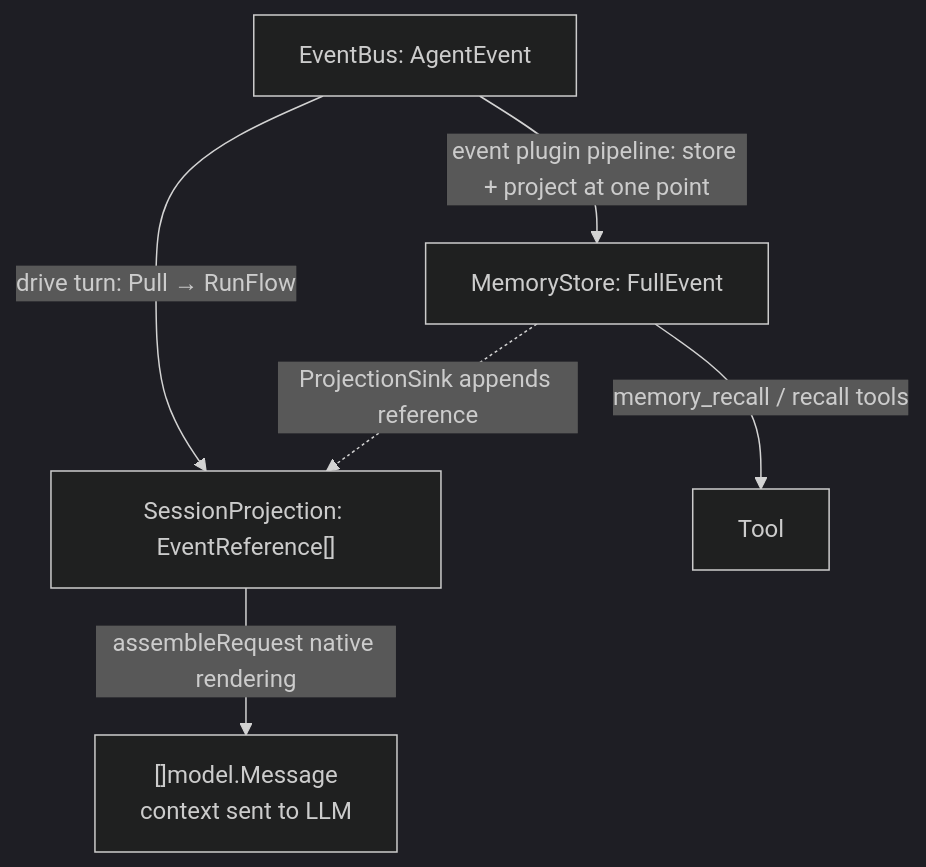
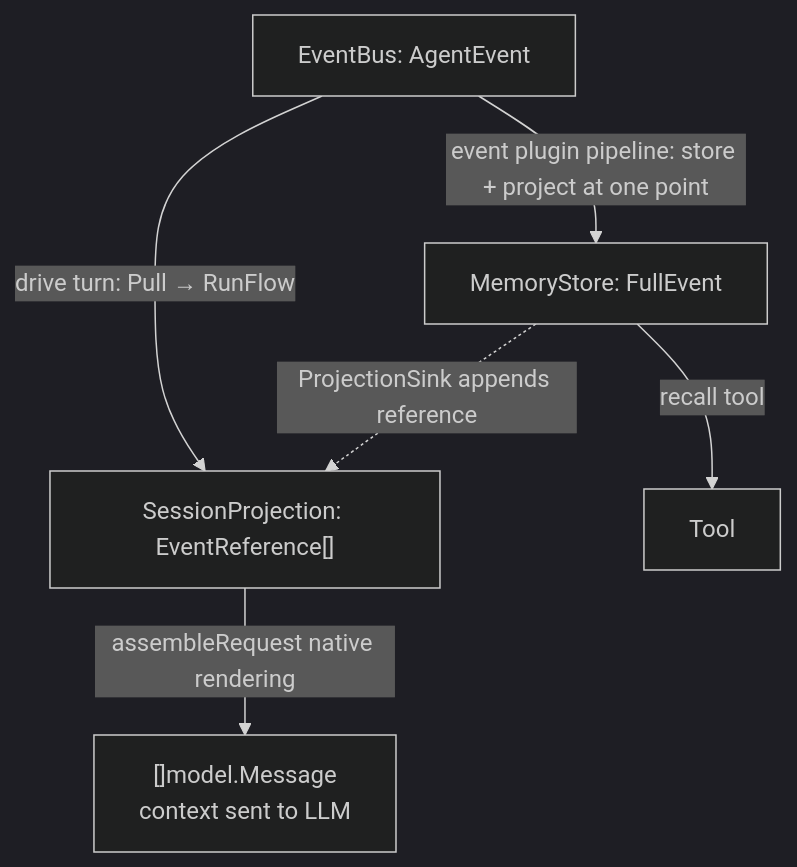
One commit to SpellingDragon/tagent changed the second of 5 diagrams in README_EN.md. Above: the diagram before and after it, drawn with Mermaid (dark theme). The commit also changed other lines of this file and 27 other files, not shown here.

````diff
--- a/README_EN.md
+++ b/README_EN.md
@@ -118,14 +115,14 @@
 ```mermaid
 graph TB
     EB["EventBus: AgentEvent"]
     SP["SessionProjection: EventReference[]"]
     MS["MemoryStore: FullEvent"]
     LLM["[]model.Message<br/>context sent to LLM"]
     TOOL["Tool"]
 
     EB -->|drive turn: Pull → RunFlow| SP
     EB -->|event plugin pipeline: store + project at one point| MS
     MS -.ProjectionSink appends reference.-> SP
     SP -->|assembleRequest native rendering| LLM
-    MS -->|memory_recall / recall tools| TOOL
+    MS -->|recall tool| TOOL
 ```
````
